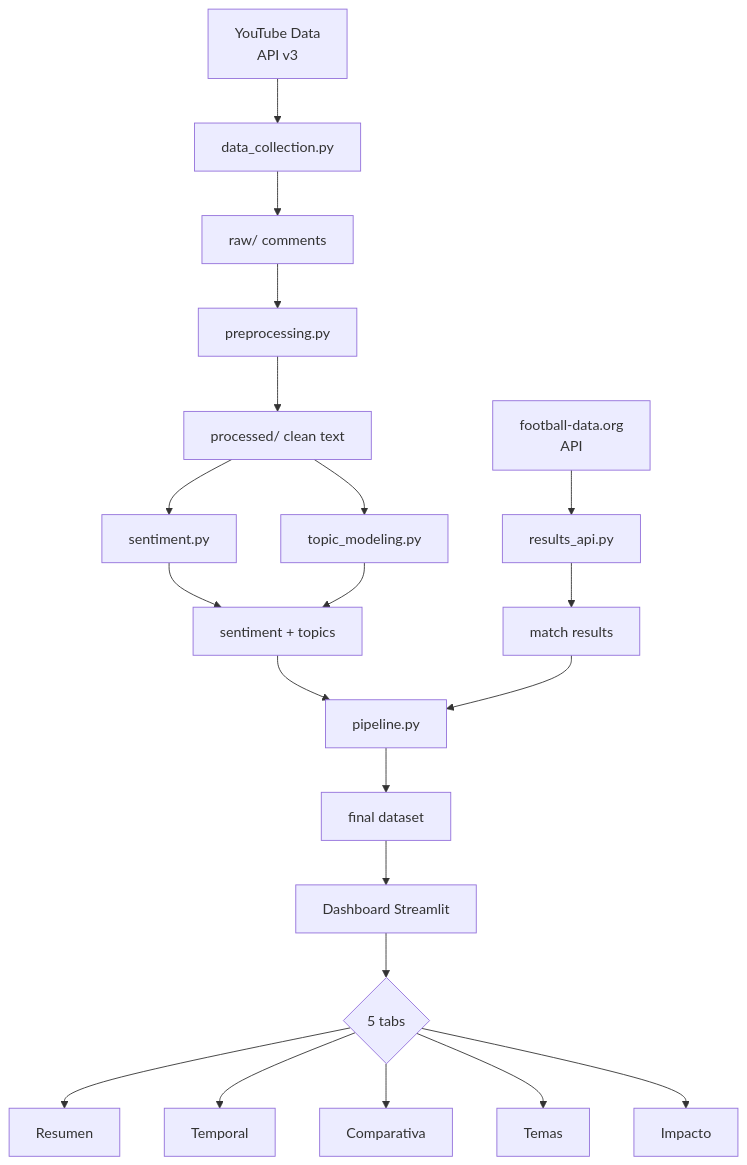
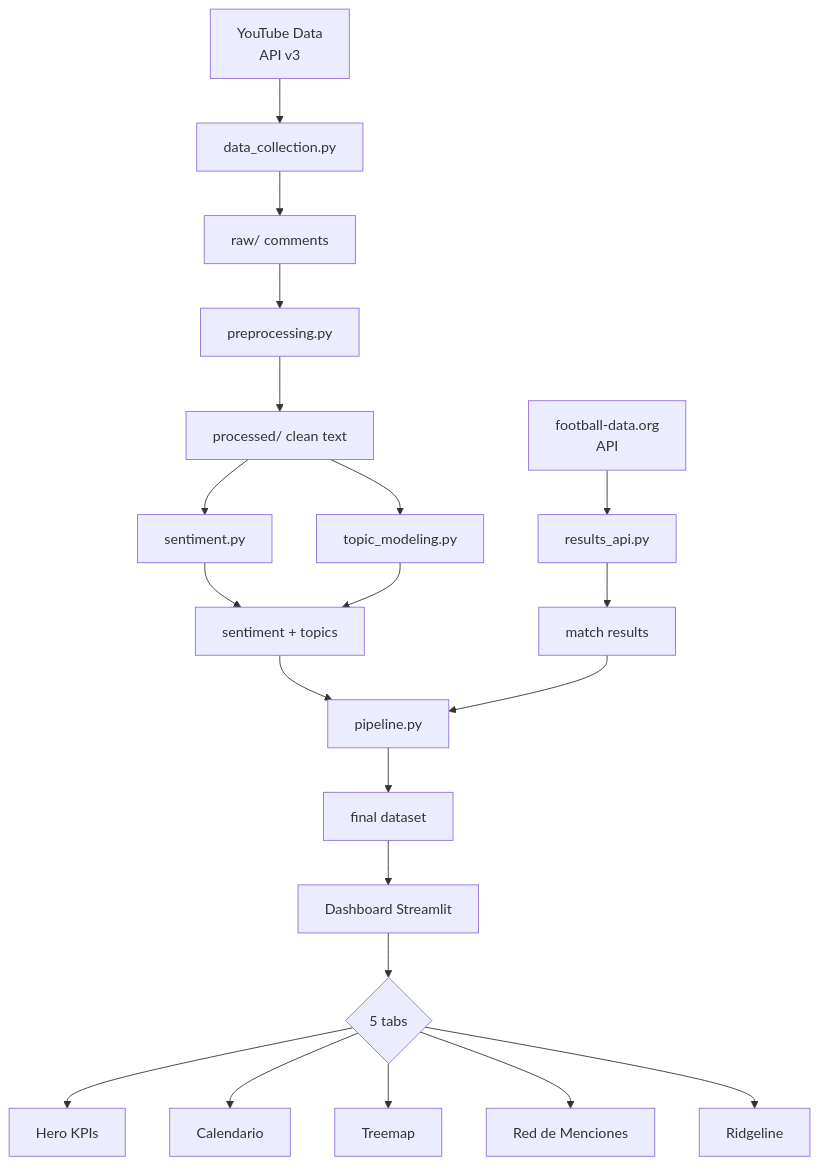
The diagram in Readme.md (pablohuidobrogarcia/An-lisis-de-sentimiento-de-los-aficionadosMundial-2026-), drawn with Mermaid before and after one commit. The commit also changed other lines of this file and 5 other files, not shown here.

````diff
--- a/Readme.md
+++ b/Readme.md
@@ -41,23 +41,23 @@
 ```mermaid
 graph TD
     A[YouTube Data<br/>API v3] --> B[data_collection.py]
     B --> C[raw/ comments]
     C --> D[preprocessing.py]
     D --> E[processed/ clean text]
     E --> F[sentiment.py]
     F --> G[sentiment + topics]
     E --> H[topic_modeling.py]
     H --> G
     I[football-data.org<br/>API] --> J[results_api.py]
     J --> K[match results]
     G --> L[pipeline.py]
     K --> L
     L --> M[final dataset]
     M --> N[Dashboard Streamlit]
     N --> O{5 tabs}
-    O --> P[Resumen]
-    O --> Q[Temporal]
-    O --> R[Comparativa]
-    O --> S[Temas]
-    O --> T[Impacto]
+    O --> P[Hero KPIs]
+    O --> Q[Calendario]
+    O --> R[Treemap]
+    O --> S[Red de Menciones]
+    O --> T[Ridgeline]
 ```
````
